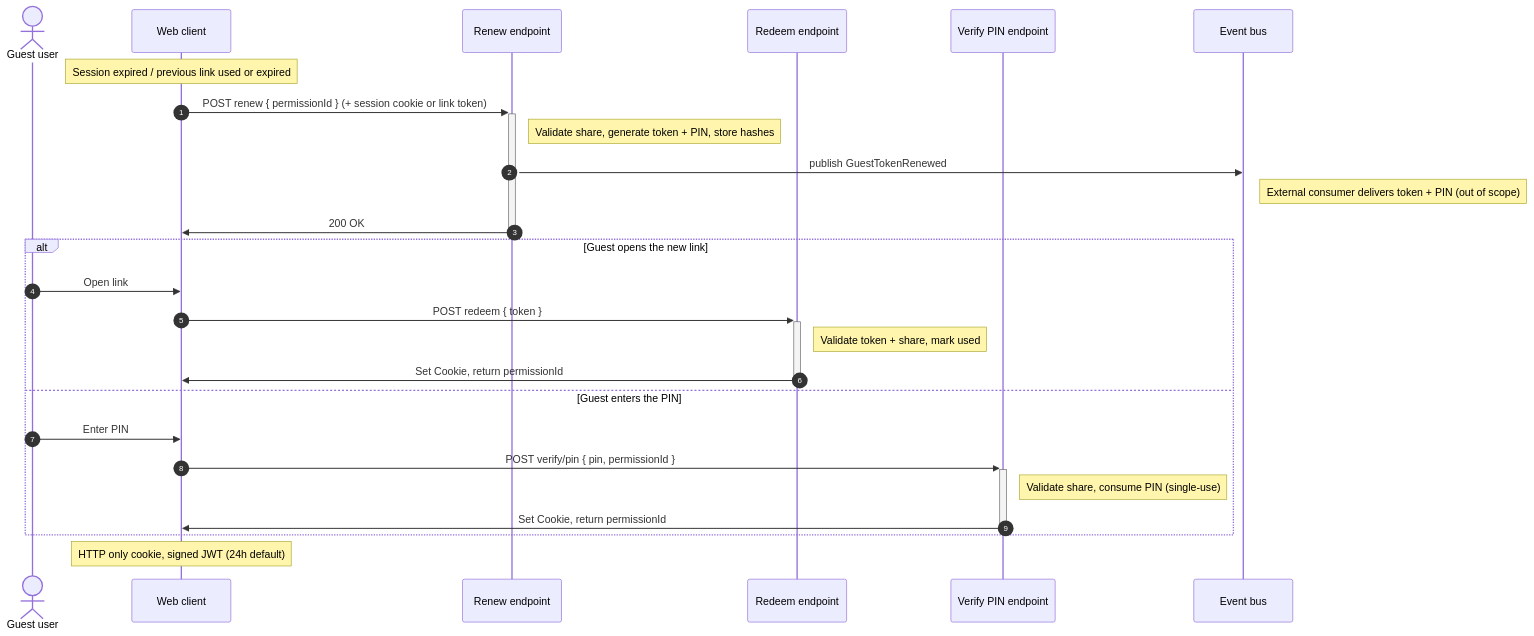
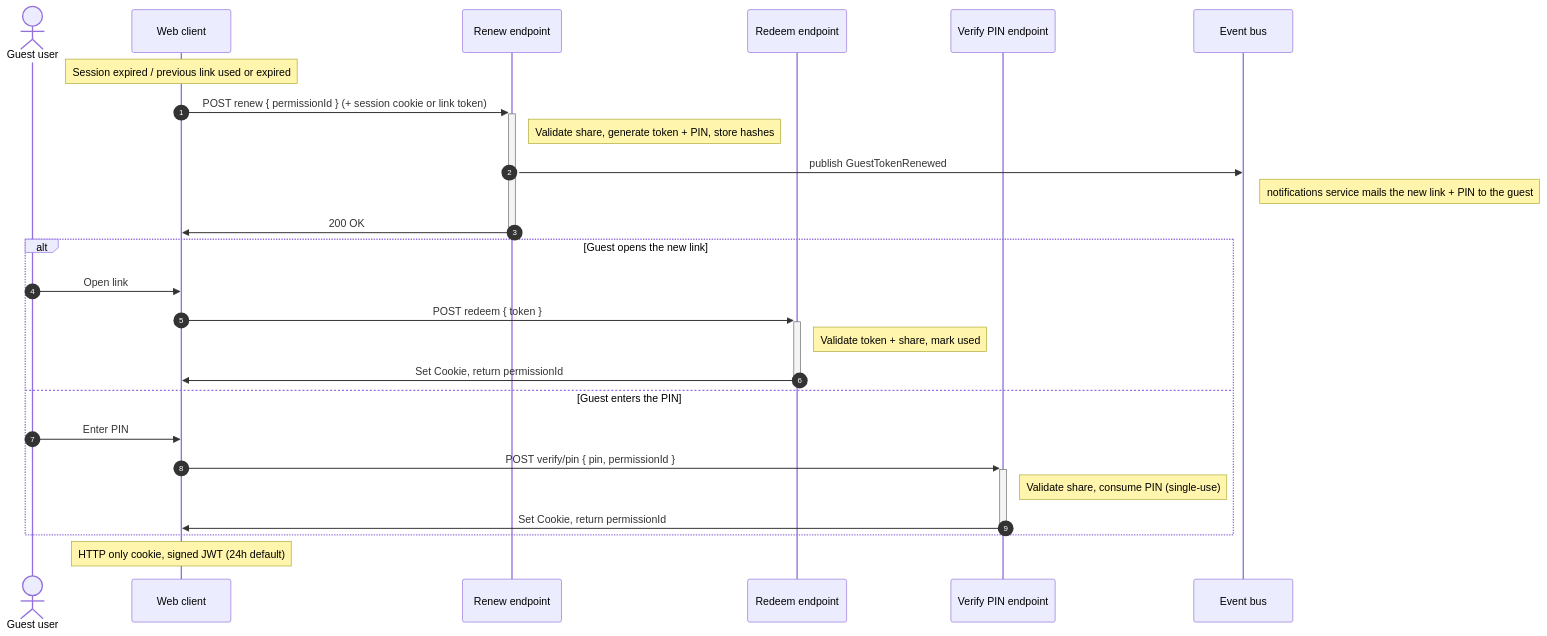
Before and after one commit to rhafer/opencloud: the second of 2 diagrams in services/auth-guest/README.md, drawn with Mermaid. The commit also changed other lines of this file and 5 other files, not shown here.

First line of the commit message:
Add email notifications when a guest link has been renewed

````diff
--- a/services/auth-guest/README.md
+++ b/services/auth-guest/README.md
@@ -100,30 +102,30 @@
 ```mermaid
 sequenceDiagram
     autonumber
     actor User as Guest user
     participant Web as Web client
     participant Renew as Renew endpoint
     participant Redeem as Redeem endpoint
     participant Pin as Verify PIN endpoint
     participant Bus as Event bus
 
     Note over Web: Session expired / previous link used or expired
     Web->>+Renew: POST renew { permissionId } (+ session cookie or link token)
     Note right of Renew: Validate share, generate token + PIN, store hashes
     Renew->>Bus: publish GuestTokenRenewed
-    Note right of Bus: External consumer delivers token + PIN (out of scope)
+    Note right of Bus: notifications service mails the new link + PIN to the guest
     Renew->>-Web: 200 OK
 
     alt Guest opens the new link
         User->>Web: Open link
         Web->>+Redeem: POST redeem { token }
         Note right of Redeem: Validate token + share, mark used
         Redeem->>-Web: Set Cookie, return permissionId
     else Guest enters the PIN
         User->>Web: Enter PIN
         Web->>+Pin: POST verify/pin { pin, permissionId }
         Note right of Pin: Validate share, consume PIN (single-use)
         Pin->>-Web: Set Cookie, return permissionId
     end
     Note over Web: HTTP only cookie, signed JWT (24h default)
 ```
````
